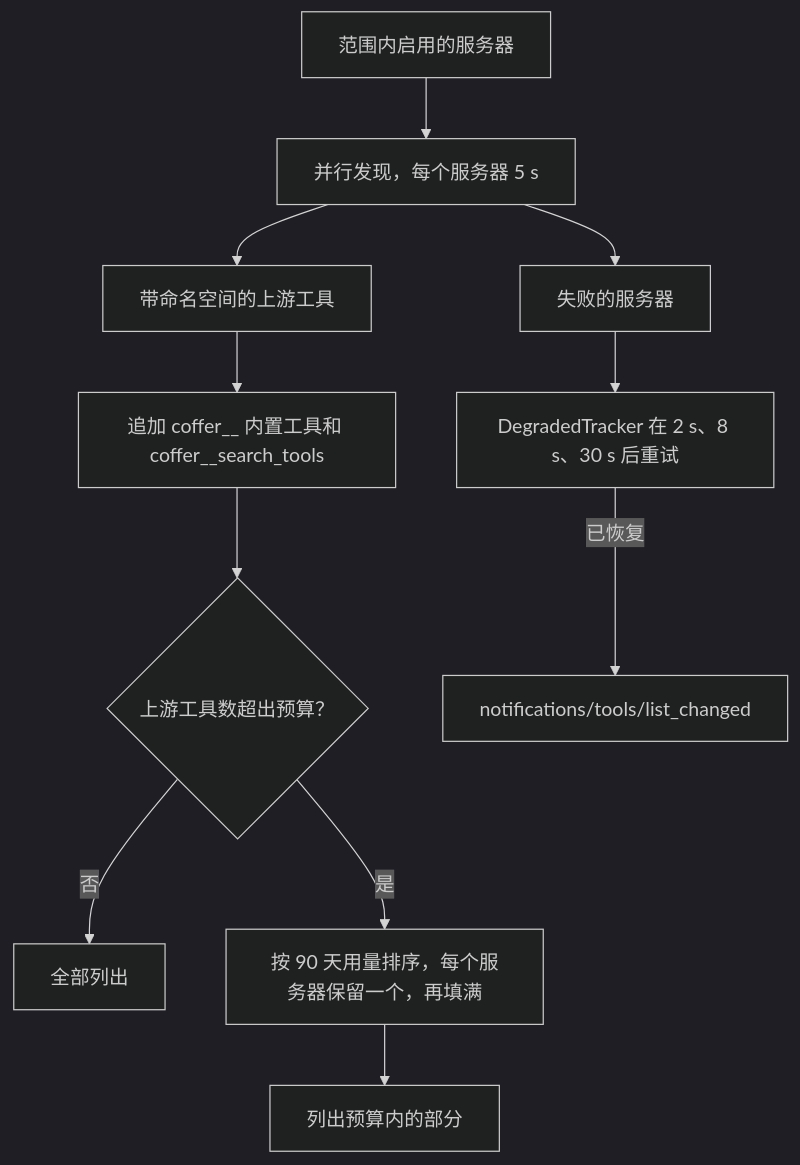
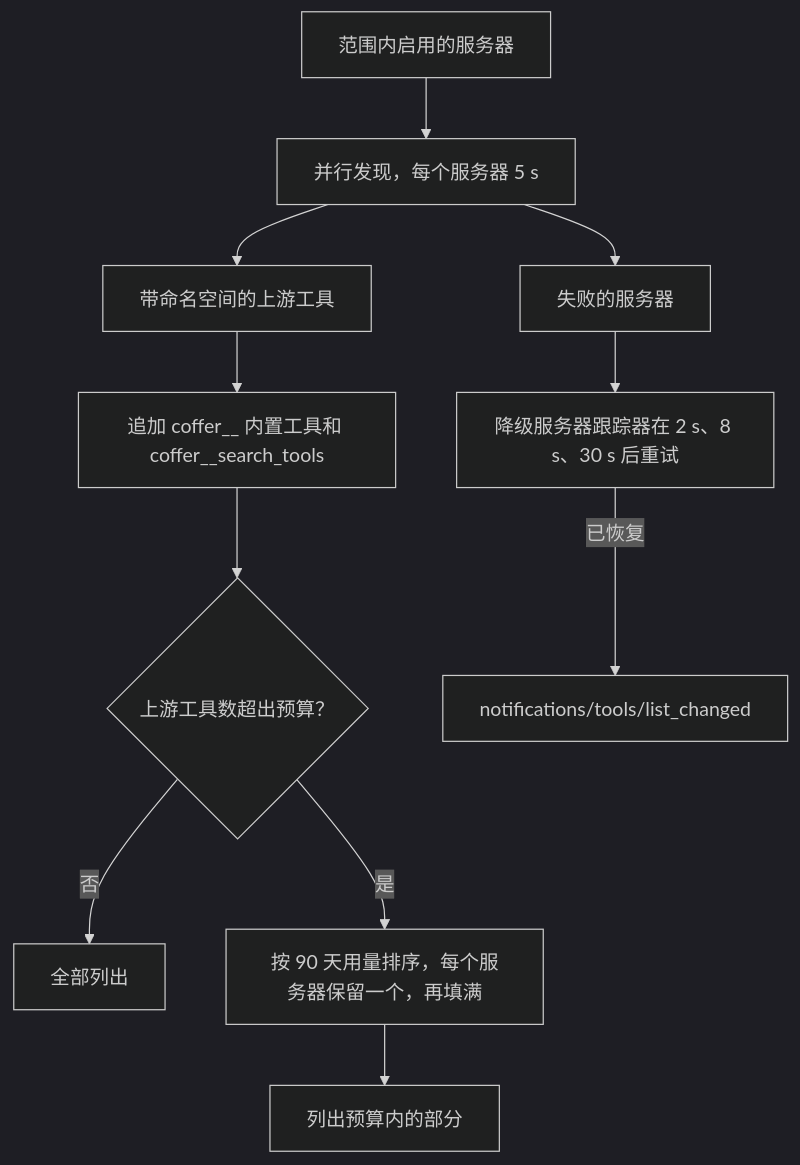
One commit to wyx-sg/Coffer changed the second of 4 diagrams in docs-site/zh/architecture/mcp-gateway.md. Above: the diagram before and after it, drawn with Mermaid (dark theme). The commit also changed other lines of this file and 29 other files, not shown here.

First line of the commit message:
docs(site): explain the architecture in plain terms, without source detail

````diff
--- a/docs-site/zh/architecture/mcp-gateway.md
+++ b/docs-site/zh/architecture/mcp-gateway.md
@@ -120,13 +120,13 @@
 ```mermaid
 flowchart TD
   A["范围内启用的服务器"] --> B["并行发现，每个服务器 5 s"]
   B --> C["带命名空间的上游工具"]
   B --> F["失败的服务器"]
   C --> D["追加 coffer__ 内置工具和 coffer__search_tools"]
   D --> E{"上游工具数超出预算？"}
   E -->|否| L["全部列出"]
   E -->|是| T["按 90 天用量排序，每个服务器保留一个，再填满"]
   T --> L2["列出预算内的部分"]
-  F --> R["DegradedTracker 在 2 s、8 s、30 s 后重试"]
+  F --> R["降级服务器跟踪器在 2 s、8 s、30 s 后重试"]
   R -->|已恢复| N["notifications/tools/list_changed"]
 ```
````
